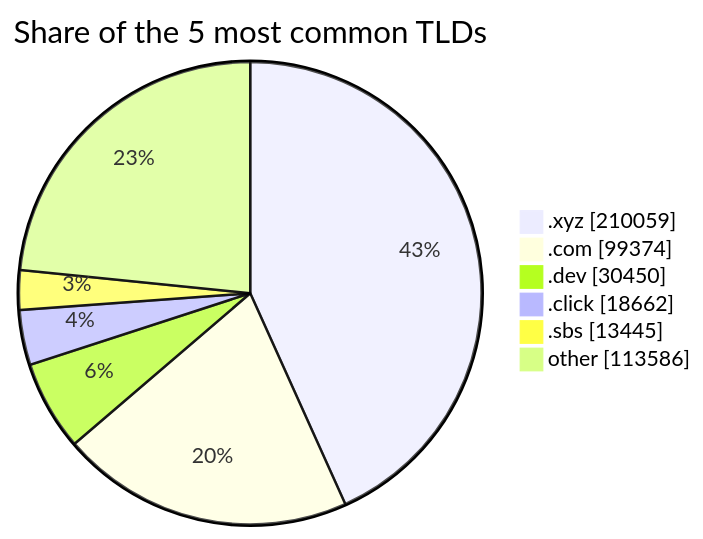
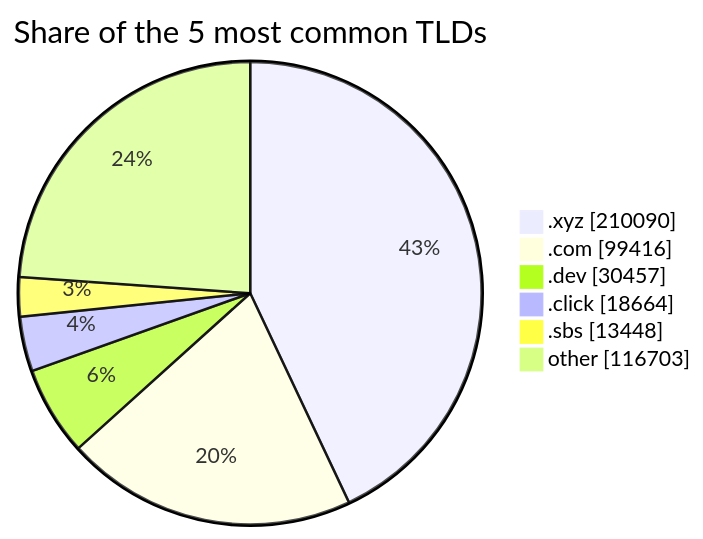
The third of 3 diagrams in README.md (DNSBunker/CTI), drawn with Mermaid before and after one commit. The commit also changed other lines of this file and 3 other files, not shown here.

````diff
--- a/README.md
+++ b/README.md
@@ -81,9 +81,9 @@
 ```mermaid
 pie showData title Share of the 5 most common TLDs
-    ".xyz" : 210059
-    ".com" : 99374
-    ".dev" : 30450
-    ".click" : 18662
-    ".sbs" : 13445
-    "other" : 113586
+    ".xyz" : 210090
+    ".com" : 99416
+    ".dev" : 30457
+    ".click" : 18664
+    ".sbs" : 13448
+    "other" : 116703
 ```
````
